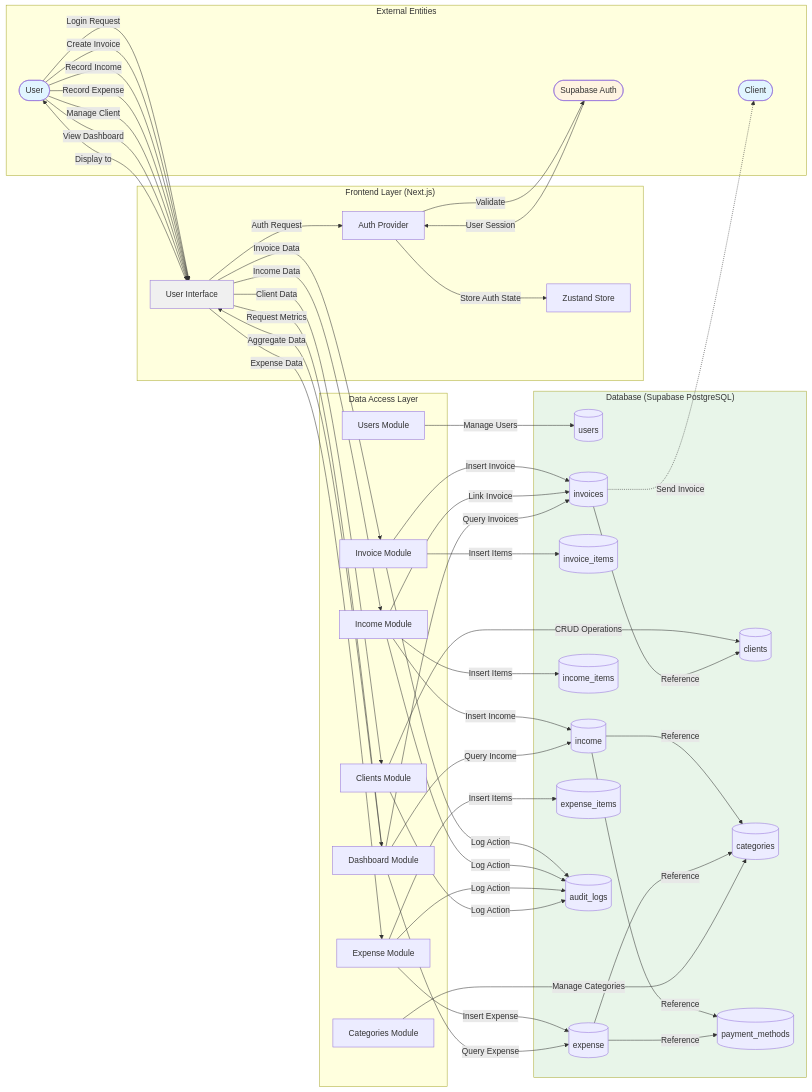
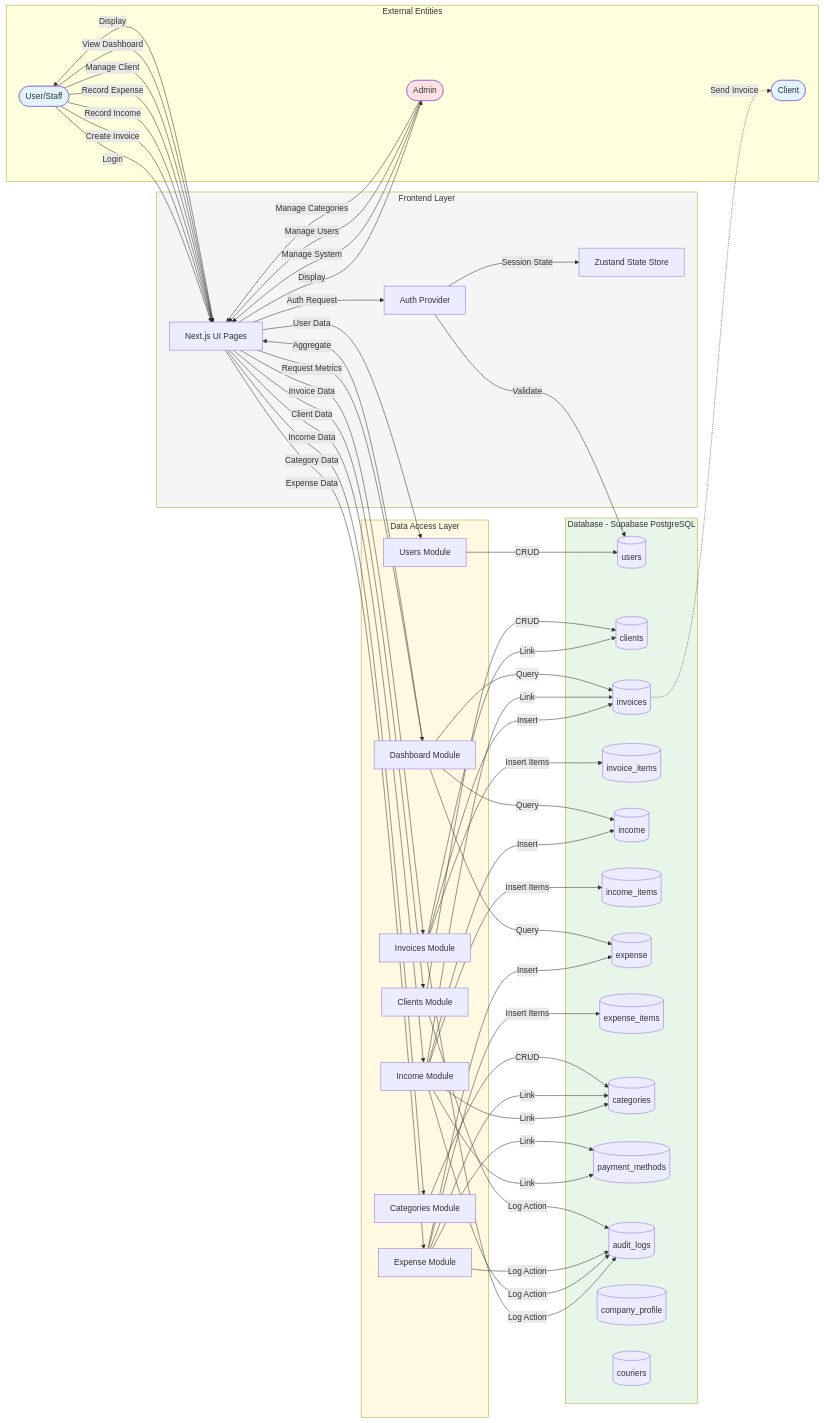
One commit to aadvxe/Gmera-Solusi changed the third of 3 diagrams in README.md. Above: the diagram before and after it, drawn with Mermaid. The commit also changed other lines of this file and 1 other file, not shown here.

````diff
--- a/README.md
+++ b/README.md
@@ -314,28 +457,28 @@
 ```mermaid
 flowchart LR
     subgraph External["External Entities"]
-        User([User])
+        User([User/Staff])
         Client([Client])
-        AuthSystem([Supabase Auth])
+        Admin([Admin])
     end
     
-    subgraph Frontend["Frontend Layer (Next.js)"]
-        UI[User Interface]
-        AuthProvider[Auth Provider]
-        StateManagement[Zustand Store]
+    subgraph Frontend["Frontend Layer"]
+        UI[Next.js UI Pages]
+        Auth[Auth Provider]
+        Store[Zustand State Store]
     end
     
-    subgraph DataAccessLayer["Data Access Layer"]
-        InvoicesDB[Invoice Module]
-        IncomeDB[Income Module]
-        ExpenseDB[Expense Module]
-        ClientsDB[Clients Module]
-        DashboardDB[Dashboard Module]
-        UsersDB[Users Module]
-        CategoriesDB[Categories Module]
+    subgraph DataAccess["Data Access Layer"]
+        InvoicesMod[Invoices Module]
+        IncomeMod[Income Module]
+        ExpenseMod[Expense Module]
+        ClientsMod[Clients Module]
+        DashboardMod[Dashboard Module]
+        UsersMod[Users Module]
+        CategoriesMod[Categories Module]
     end
     
-    subgraph Database["Database (Supabase PostgreSQL)"]
+    subgraph Database["Database - Supabase PostgreSQL"]
         UsersTable[(users)]
         ClientsTable[(clients)]
         InvoicesTable[(invoices)]
@@ -347,60 +490,68 @@
         CategoriesTable[(categories)]
         PaymentMethodsTable[(payment_methods)]
         AuditLogsTable[(audit_logs)]
+        CompanyProfileTable[(company_profile)]
+        CouriersTable[(couriers)]
     end
     
-    User -->|Login Request| UI
-    UI -->|Auth Request| AuthProvider
-    AuthProvider -->|Validate| AuthSystem
-    AuthSystem -->|User Session| AuthProvider
-    AuthProvider -->|Store Auth State| StateManagement
+    User -->|Login| UI
+    Admin -->|Manage System| UI
+    UI -->|Auth Request| Auth
+    Auth -->|Validate| UsersTable
+    Auth -->|Session State| Store
     
     User -->|Create Invoice| UI
-    UI -->|Invoice Data| InvoicesDB
-    InvoicesDB -->|Insert Invoice| InvoicesTable
-    InvoicesDB -->|Insert Items| InvoiceItemsTable
-    InvoicesDB -->|Log Action| AuditLogsTable
+    UI -->|Invoice Data| InvoicesMod
+    InvoicesMod -->|Insert| InvoicesTable
+    InvoicesMod -->|Insert Items| InvoiceItemsTable
+    InvoicesMod -->|Log Action| AuditLogsTable
+    InvoicesMod -->|Link| ClientsTable
     
     User -->|Record Income| UI
-    UI -->|Income Data| IncomeDB
-    IncomeDB -->|Insert Income| IncomeTable
-    IncomeDB -->|Insert Items| IncomeItemsTable
-    IncomeDB -->|Link Invoice| InvoicesTable
-    IncomeDB -->|Log Action| AuditLogsTable
+    UI -->|Income Data| IncomeMod
+    IncomeMod -->|Insert| IncomeTable
+    IncomeMod -->|Insert Items| IncomeItemsTable
+    IncomeMod -->|Link| CategoriesTable
+    IncomeMod -->|Link| PaymentMethodsTable
+    IncomeMod -->|Link| InvoicesTable
+    IncomeMod -->|Log Action| AuditLogsTable
     
     User -->|Record Expense| UI
-    UI -->|Expense Data| ExpenseDB
-    ExpenseDB -->|Insert Expense| ExpenseTable
-    ExpenseDB -->|Insert Items| ExpenseItemsTable
-    ExpenseDB -->|Log Action| AuditLogsTable
+    UI -->|Expense Data| ExpenseMod
+    ExpenseMod -->|Insert| ExpenseTable
+    ExpenseMod -->|Insert Items| ExpenseItemsTable
+    ExpenseMod -->|Link| CategoriesTable
+    ExpenseMod -->|Link| PaymentMethodsTable
+    ExpenseMod -->|Log Action| AuditLogsTable
     
     User -->|Manage Client| UI
-    UI -->|Client Data| ClientsDB
-    ClientsDB -->|CRUD Operations| ClientsTable
-    ClientsDB -->|Log Action| AuditLogsTable
+    UI -->|Client Data| ClientsMod
+    ClientsMod -->|CRUD| ClientsTable
+    ClientsMod -->|Log Action| AuditLogsTable
     
     User -->|View Dashboard| UI
-    UI -->|Request Metrics| DashboardDB
-    DashboardDB -->|Query Income| IncomeTable
-    DashboardDB -->|Query Expense| ExpenseTable
-    DashboardDB -->|Query Invoices| InvoicesTable
-    DashboardDB -->|Aggregate Data| UI
+    UI -->|Request Metrics| DashboardMod
+    DashboardMod -->|Query| IncomeTable
+    DashboardMod -->|Query| ExpenseTable
+    DashboardMod -->|Query| InvoicesTable
+    DashboardMod -->|Aggregate| UI
     
-    InvoicesTable -->|Reference| ClientsTable
-    IncomeTable -->|Reference| CategoriesTable
-    IncomeTable -->|Reference| PaymentMethodsTable
-    ExpenseTable -->|Reference| CategoriesTable
-    ExpenseTable -->|Reference| PaymentMethodsTable
+    Admin -->|Manage Users| UI
+    UI -->|User Data| UsersMod
+    UsersMod -->|CRUD| UsersTable
     
-    UI -->|Display to| User
+    Admin -->|Manage Categories| UI
+    UI -->|Category Data| CategoriesMod
+    CategoriesMod -->|CRUD| CategoriesTable
+    
+    UI -->|Display| User
+    UI -->|Display| Admin
     InvoicesTable -.->|Send Invoice| Client
-    
-    UsersDB -->|Manage Users| UsersTable
-    CategoriesDB -->|Manage Categories| CategoriesTable
     
     style User fill:#e1f5ff
     style Client fill:#e1f5ff
-    style AuthSystem fill:#fff4e1
-    style UI fill:#f0f0f0
+    style Admin fill:#ffe1e1
     style Database fill:#e8f5e9
+    style Frontend fill:#f5f5f5
+    style DataAccess fill:#fff9e1
 ```
````
